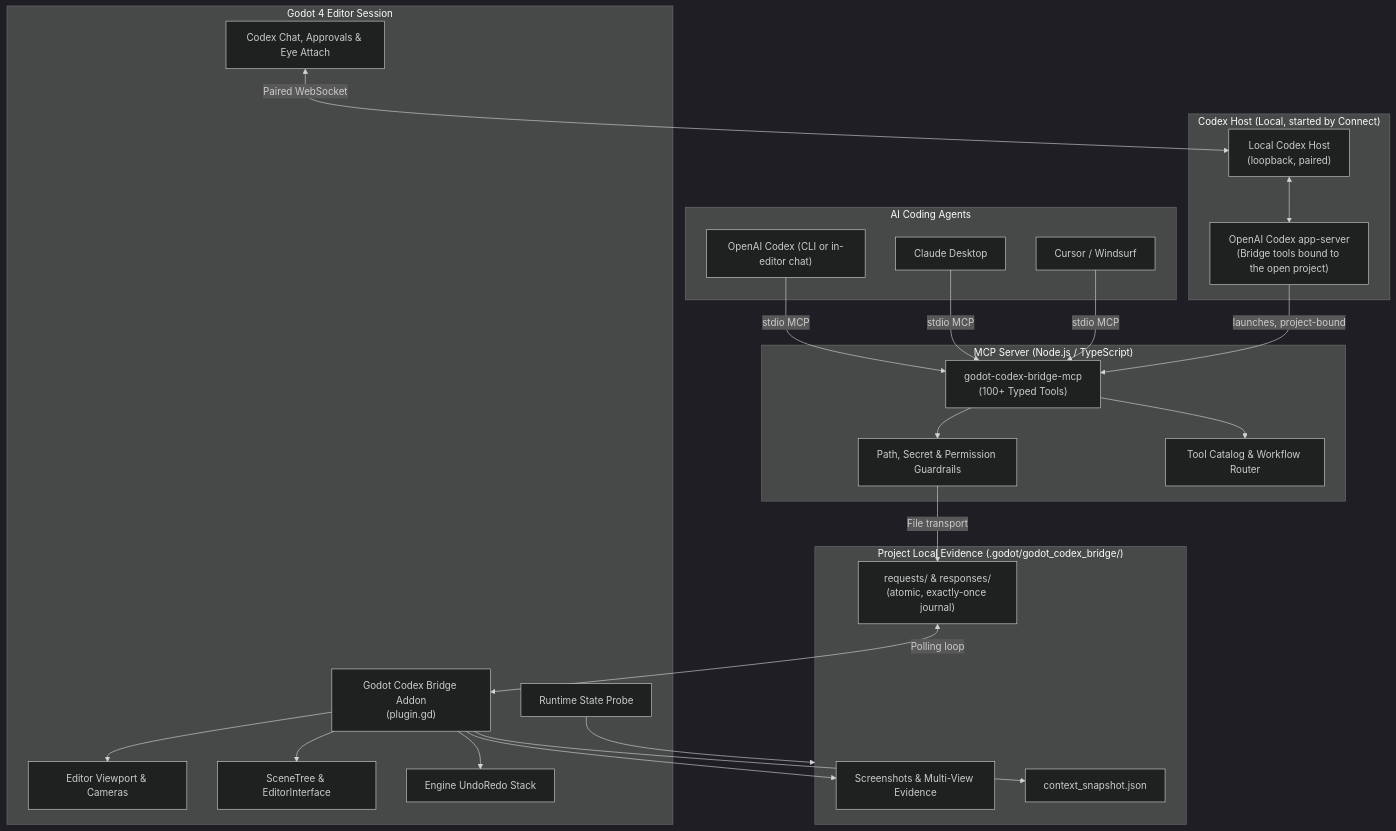
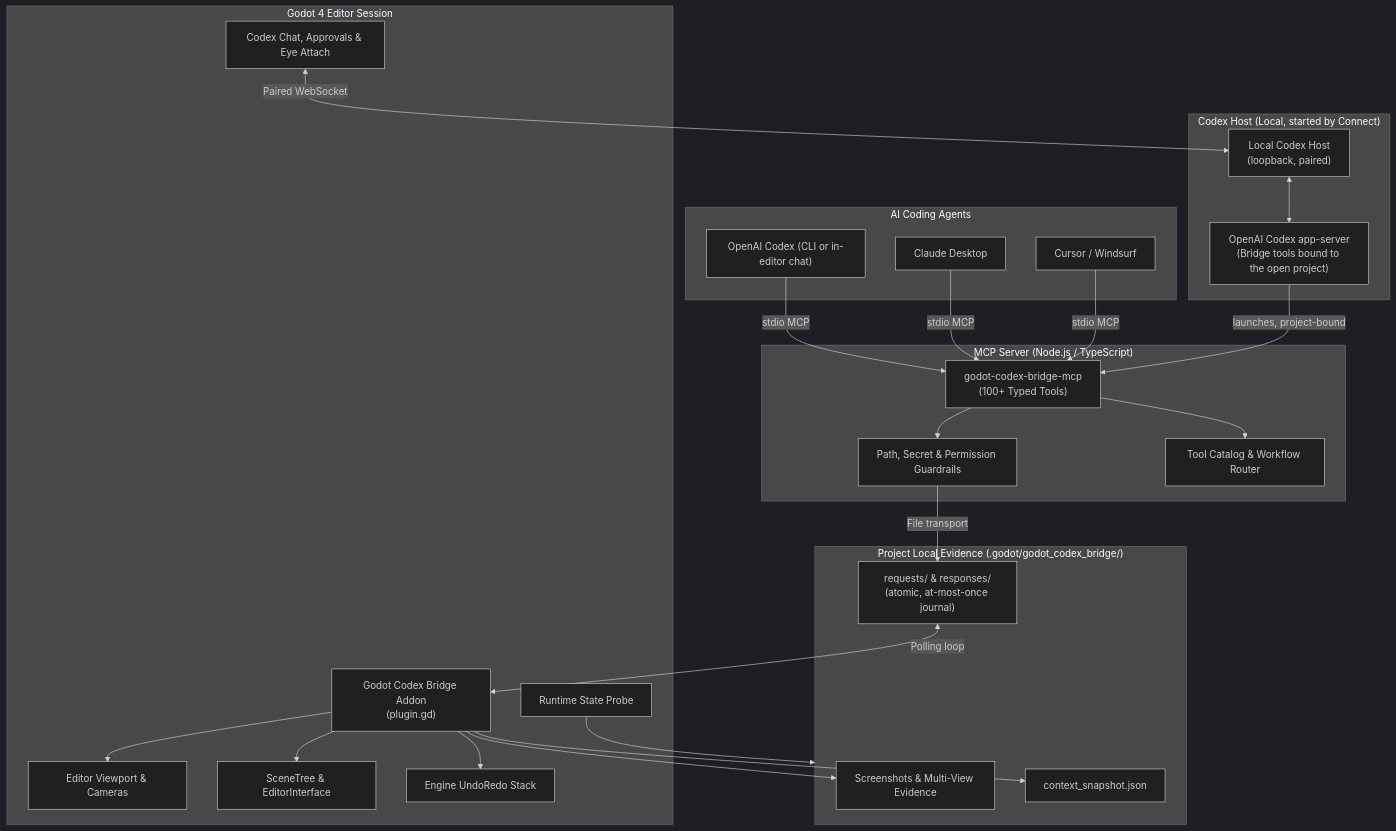
One commit to ItsHege/godot-codex-bridge changed the diagram in README.md. Above: the diagram before and after it, drawn with Mermaid (dark theme). The commit also changed other lines of this file and 21 other files, not shown here.

````diff
--- a/README.md
+++ b/README.md
@@ -53,54 +319,54 @@
 ```mermaid
 flowchart TD
     subgraph Agents ["AI Coding Agents"]
         Codex["OpenAI Codex (CLI or in-editor chat)"]
         Claude["Claude Desktop"]
         Cursor["Cursor / Windsurf"]
     end
 
     subgraph MCPLayer ["MCP Server (Node.js / TypeScript)"]
         MCPServer["godot-codex-bridge-mcp<br/>(100+ Typed Tools)"]
         ToolCatalog["Tool Catalog & Workflow Router"]
         PathGuard["Path, Secret & Permission Guardrails"]
     end
 
     subgraph HostLayer ["Codex Host (Local, started by Connect)"]
         CodexHost["Local Codex Host<br/>(loopback, paired)"]
         AppServer["OpenAI Codex app-server<br/>(Bridge tools bound to the open project)"]
     end
 
     subgraph GodotEditor ["Godot 4 Editor Session"]
         Addon["Godot Codex Bridge Addon<br/>(plugin.gd)"]
         ChatDock["Codex Chat, Approvals & Eye Attach"]
         UndoRedo["Engine UndoRedo Stack"]
         SceneTree["SceneTree & EditorInterface"]
         Viewport["Editor Viewport & Cameras"]
         RuntimeProbe["Runtime State Probe"]
     end
 
     subgraph LocalStorage ["Project Local Evidence (.godot/godot_codex_bridge/)"]
         Snapshot["context_snapshot.json"]
         Artifacts["Screenshots & Multi-View Evidence"]
-        Transport["requests/ & responses/<br/>(atomic, exactly-once journal)"]
+        Transport["requests/ & responses/<br/>(atomic, at-most-once journal)"]
     end
 
     Codex -->|stdio MCP| MCPServer
     Claude -->|stdio MCP| MCPServer
     Cursor -->|stdio MCP| MCPServer
 
     MCPServer --> ToolCatalog
     MCPServer --> PathGuard
     PathGuard -->|File transport| Transport
     Transport <-->|Polling loop| Addon
 
     ChatDock <-->|Paired WebSocket| CodexHost
     CodexHost <--> AppServer
     AppServer -->|launches, project-bound| MCPServer
 
     Addon --> Snapshot
     Addon --> Artifacts
     Addon --> UndoRedo
     Addon --> SceneTree
     Addon --> Viewport
     RuntimeProbe --> LocalStorage
 ```
````
